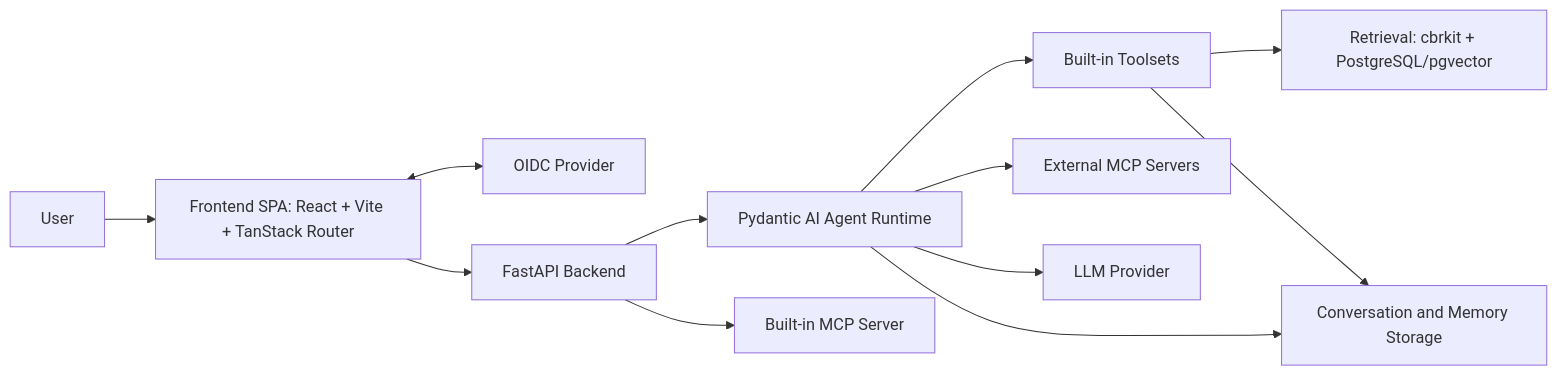
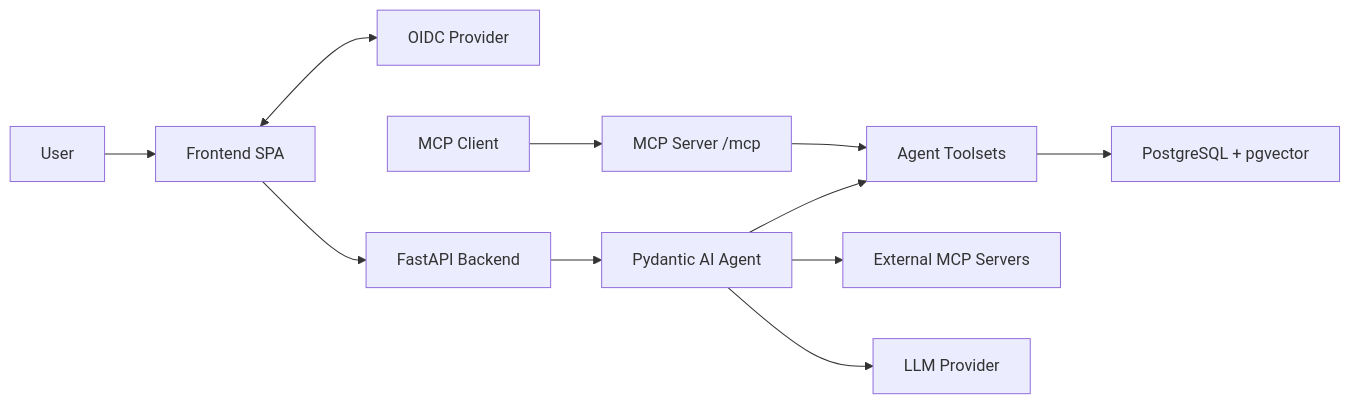
The first of 3 diagrams in ARCHITECTURE.md (dfki-ebls/hivegent), drawn with Mermaid before and after one commit. The commit also changed other lines of this file and 19 other files, not shown here.

````diff
--- a/ARCHITECTURE.md
+++ b/ARCHITECTURE.md
@@ -9,26 +10,13 @@
 ```mermaid
 flowchart LR
-    end_user[User]
-    frontend_spa[Frontend SPA: React + Vite + TanStack Router]
-    oidc_provider[OIDC Provider]
-    fastapi_backend[FastAPI Backend]
-    agent_runtime[Pydantic AI Agent Runtime]
-    toolsets[Built-in Toolsets]
-    external_mcp[External MCP Servers]
-    built_in_mcp[Built-in MCP Server]
-    retrieval[Retrieval: cbrkit + PostgreSQL/pgvector]
-    storage[Conversation and Memory Storage]
-    llm_provider[LLM Provider]
-
-    end_user --> frontend_spa
-    frontend_spa <--> oidc_provider
-    frontend_spa --> fastapi_backend
-    fastapi_backend --> agent_runtime
-    fastapi_backend --> built_in_mcp
-    agent_runtime --> toolsets
-    agent_runtime --> external_mcp
-    agent_runtime --> llm_provider
-    agent_runtime --> storage
-    toolsets --> retrieval
-    toolsets --> storage
+    user[User] --> spa[Frontend SPA]
+    spa <--> oidc[OIDC Provider]
+    spa --> api[FastAPI Backend]
+    mcp_client[MCP Client] --> mcp[MCP Server /mcp]
+    api --> agent[Pydantic AI Agent]
+    mcp --> toolsets
+    agent --> toolsets[Agent Toolsets]
+    agent --> external_mcp[External MCP Servers]
+    agent --> llm[LLM Provider]
+    toolsets --> db[PostgreSQL + pgvector]
 ```
````
